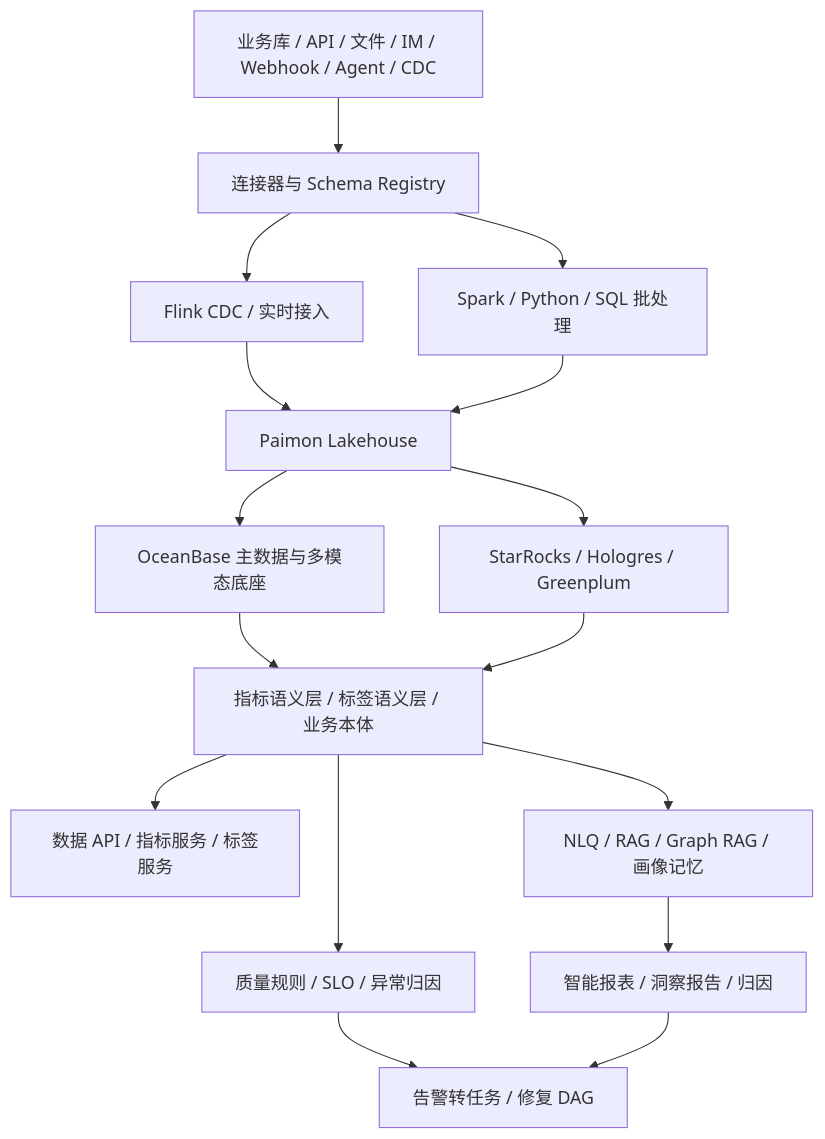
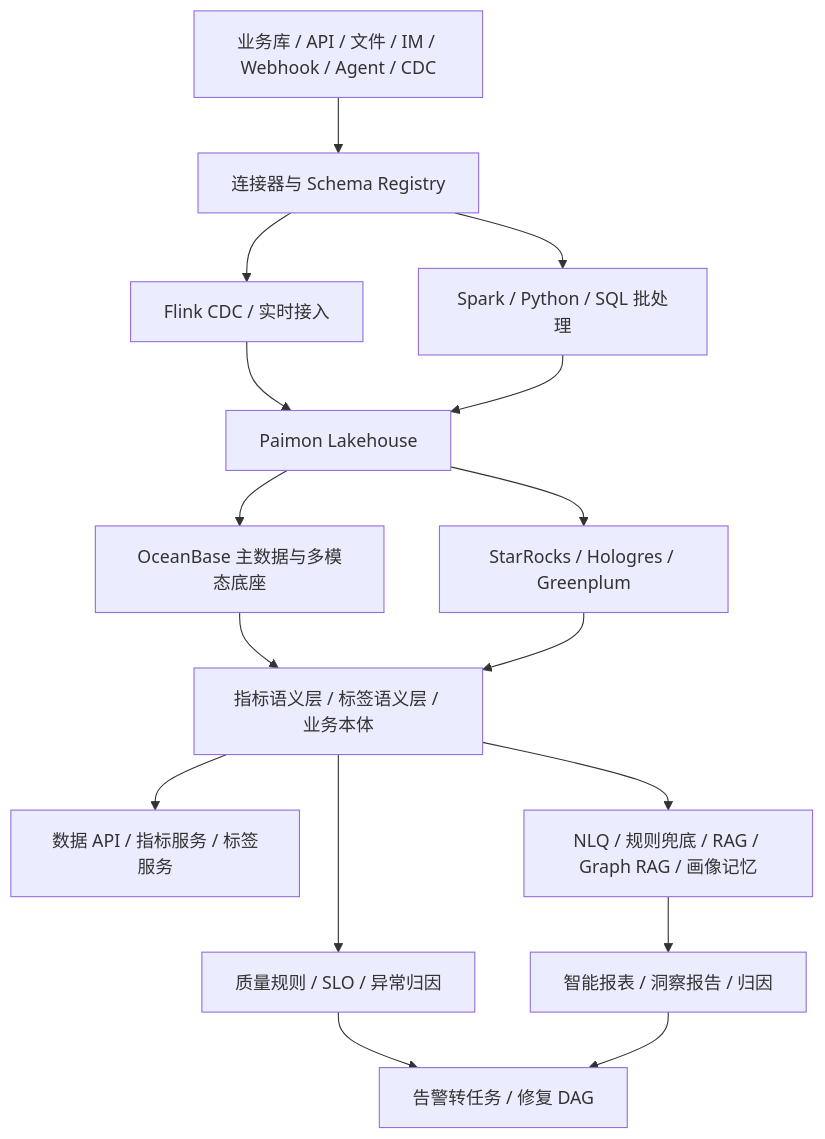
Before and after one commit to magic-devops/ai-team-devops: the third of 4 diagrams in docs/architecture/HERMES_PLATFORM_LATEST_ARCHITECTURE.md, drawn with Mermaid. The commit also changed other lines of this file and 19 other files, not shown here.

````diff
--- a/docs/architecture/HERMES_PLATFORM_LATEST_ARCHITECTURE.md
+++ b/docs/architecture/HERMES_PLATFORM_LATEST_ARCHITECTURE.md
@@ -177,18 +177,18 @@
 ```mermaid
 flowchart TB
   SRC["业务库 / API / 文件 / IM / Webhook / Agent / CDC"] --> CONN["连接器与 Schema Registry"]
   CONN --> CDC["Flink CDC / 实时接入"]
   CONN --> BATCH["Spark / Python / SQL 批处理"]
   CDC --> PAIMON["Paimon Lakehouse"]
   BATCH --> PAIMON
   PAIMON --> OB["OceanBase 主数据与多模态底座"]
   PAIMON --> OLAP["StarRocks / Hologres / Greenplum"]
   OB --> SEM["指标语义层 / 标签语义层 / 业务本体"]
   OLAP --> SEM
   SEM --> QUALITY["质量规则 / SLO / 异常归因"]
   SEM --> SERVING["数据 API / 指标服务 / 标签服务"]
-  SEM --> AI["NLQ / RAG / Graph RAG / 画像记忆"]
+  SEM --> AI["NLQ / 规则兜底 / RAG / Graph RAG / 画像记忆"]
   QUALITY --> TASK["告警转任务 / 修复 DAG"]
   AI --> REPORT["智能报表 / 洞察报告 / 归因"]
   REPORT --> TASK
 ```
````
